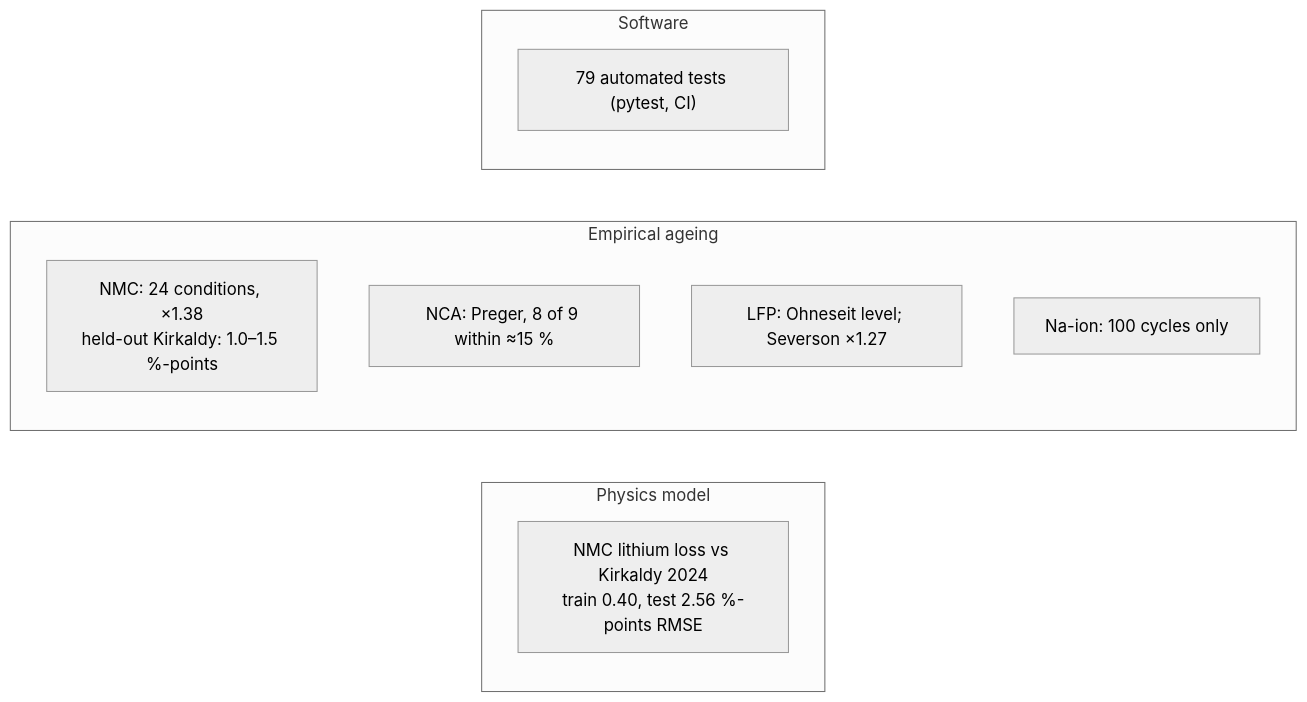
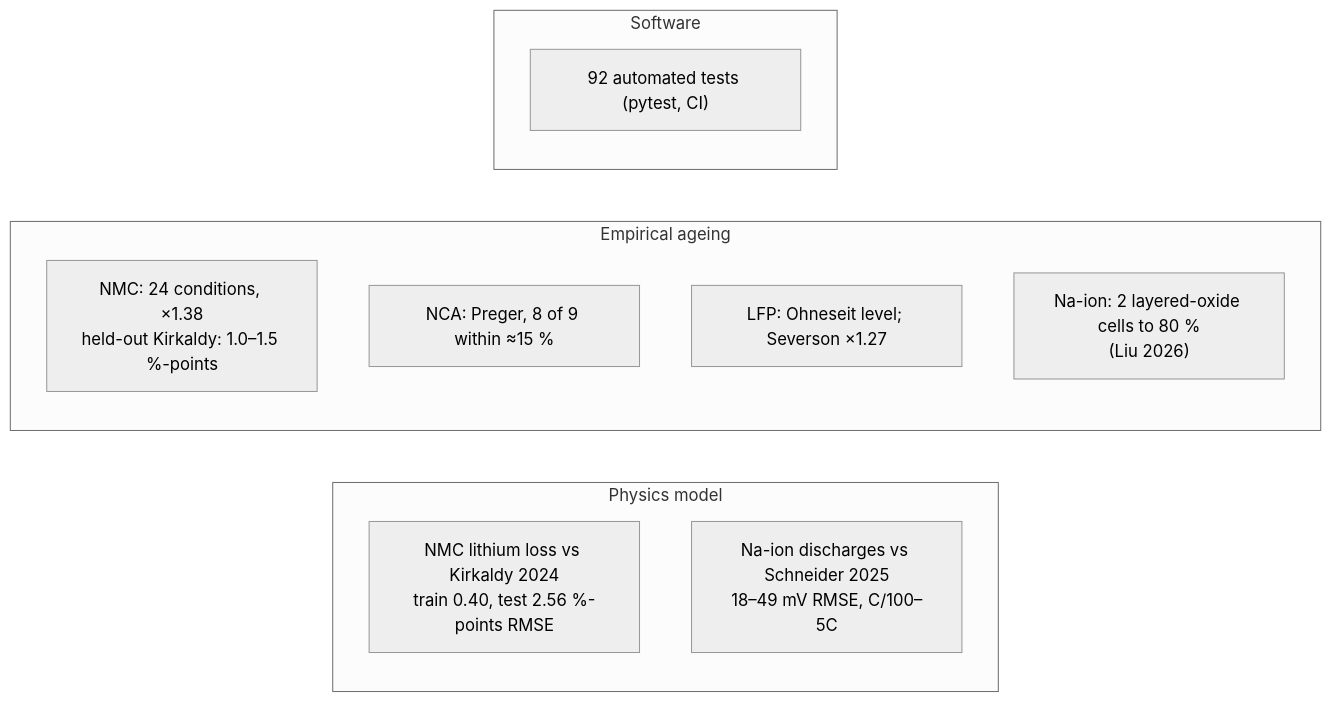
Before and after one commit to TheJohn01/DigitalTwinBattery: diagram 12 of 12 in README.md, drawn with Mermaid (neutral theme). The commit also changed other lines of this file and 26 other files, not shown here.

````diff
--- a/README.md
+++ b/README.md
@@ -1314,15 +1324,16 @@
 ```mermaid
 flowchart LR
     subgraph PHY["Physics model"]
         V1["NMC lithium loss vs Kirkaldy 2024<br/>train 0.40, test 2.56 %-points RMSE"]
+        V0["Na-ion discharges vs Schneider 2025<br/>18–49 mV RMSE, C/100–5C"]
     end
     subgraph EMP["Empirical ageing"]
         V2["NMC: 24 conditions, ×1.38<br/>held-out Kirkaldy: 1.0–1.5 %-points"]
         V3["NCA: Preger, 8 of 9 within ≈15 %"]
         V4["LFP: Ohneseit level; Severson ×1.27"]
-        V5["Na-ion: 100 cycles only"]
+        V5["Na-ion: 2 layered-oxide cells to 80 %<br/>(Liu 2026)"]
     end
     subgraph SW["Software"]
-        V6["79 automated tests (pytest, CI)"]
+        V6["92 automated tests (pytest, CI)"]
     end
 ```
````
